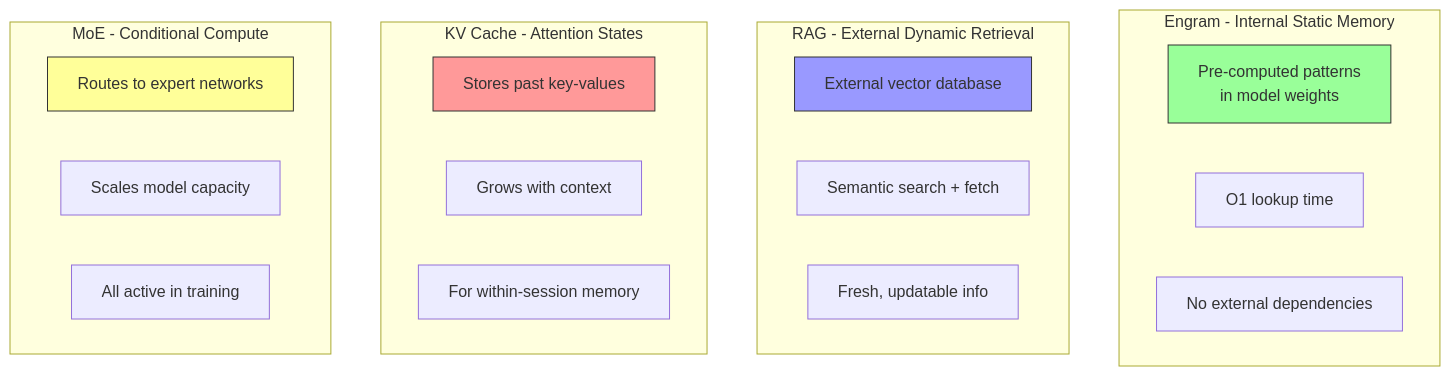
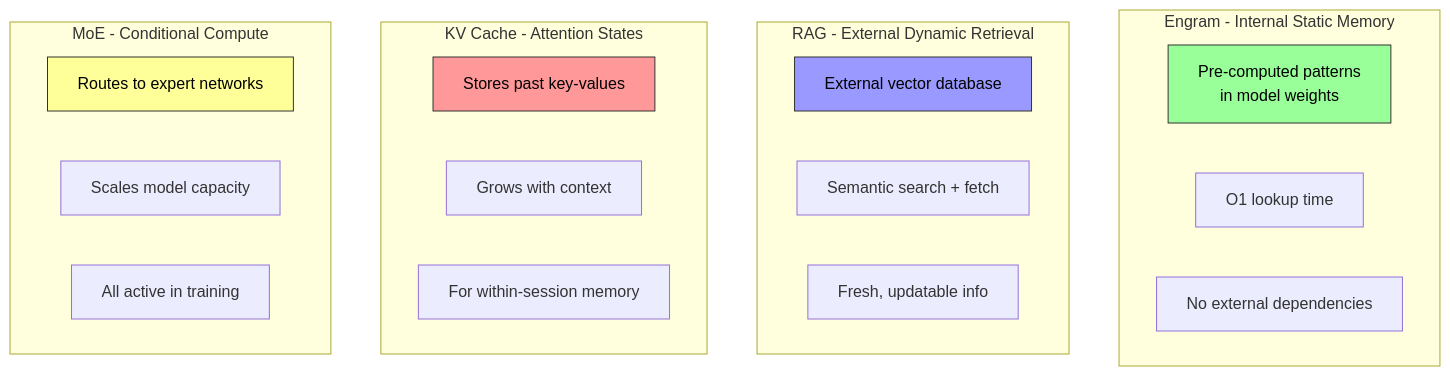
Before and after one commit to rsrini7/Learnings: the tenth of 22 diagrams in Papers/Deepseek-Engram.md, drawn with Mermaid. The commit also changed other lines of this file, not shown here.

Commit message:
mermaid diagram text color updated

````diff
--- a/Papers/Deepseek-Engram.md
+++ b/Papers/Deepseek-Engram.md
@@ -599,31 +598,31 @@
 ```mermaid
 graph TB
     subgraph "Engram - Internal Static Memory"
         A1[Pre-computed patterns<br/>in model weights]
         A2[O1 lookup time]
         A3[No external dependencies]
     end
     
     subgraph "RAG - External Dynamic Retrieval"
         B1[External vector database]
         B2[Semantic search + fetch]
         B3[Fresh, updatable info]
     end
     
     subgraph "KV Cache - Attention States"
         C1[Stores past key-values]
         C2[Grows with context]
         C3[For within-session memory]
     end
     
     subgraph "MoE - Conditional Compute"
         D1[Routes to expert networks]
         D2[Scales model capacity]
         D3[All active in training]
     end
     
-    style A1 fill:#9f9,stroke:#333
-    style B1 fill:#99f,stroke:#333
-    style C1 fill:#f99,stroke:#333
-    style D1 fill:#ff9,stroke:#333
+    style A1 fill:#9f9,stroke:#333,color:#000
+    style B1 fill:#99f,stroke:#333,color:#000
+    style C1 fill:#f99,stroke:#333,color:#000
+    style D1 fill:#ff9,stroke:#333,color:#000
 ```
````
